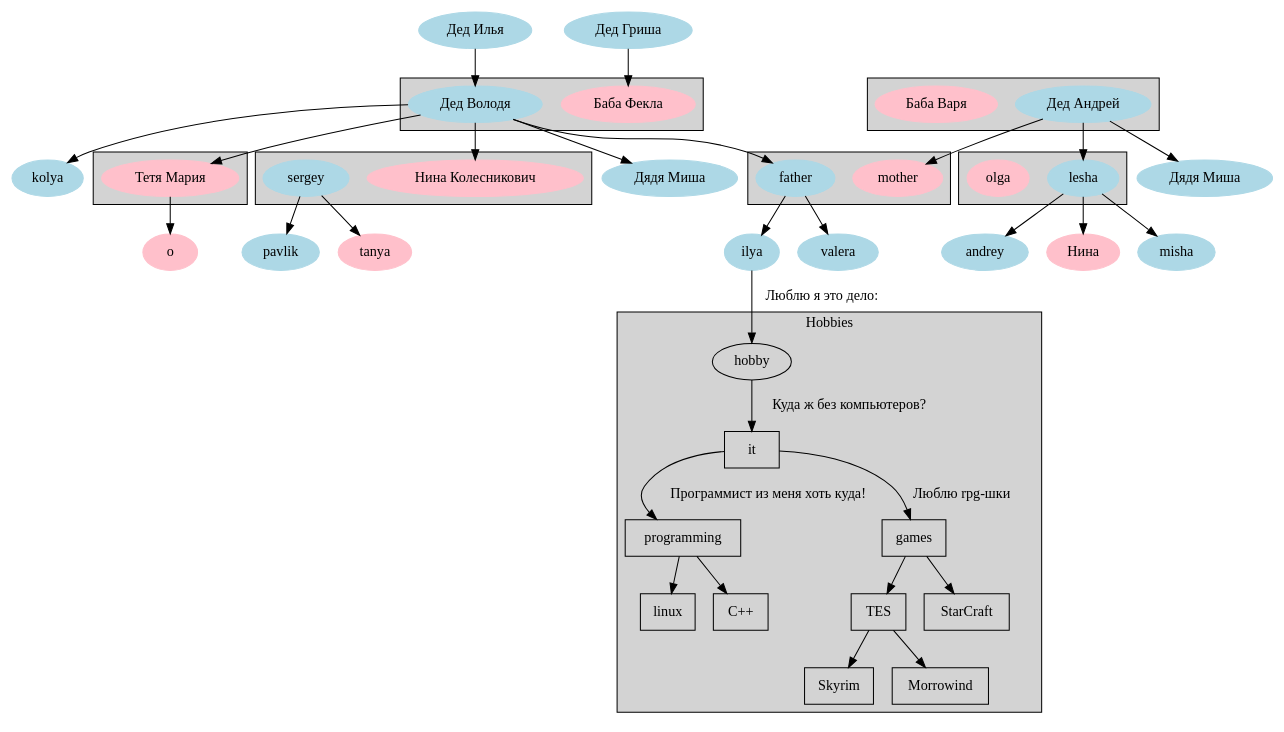
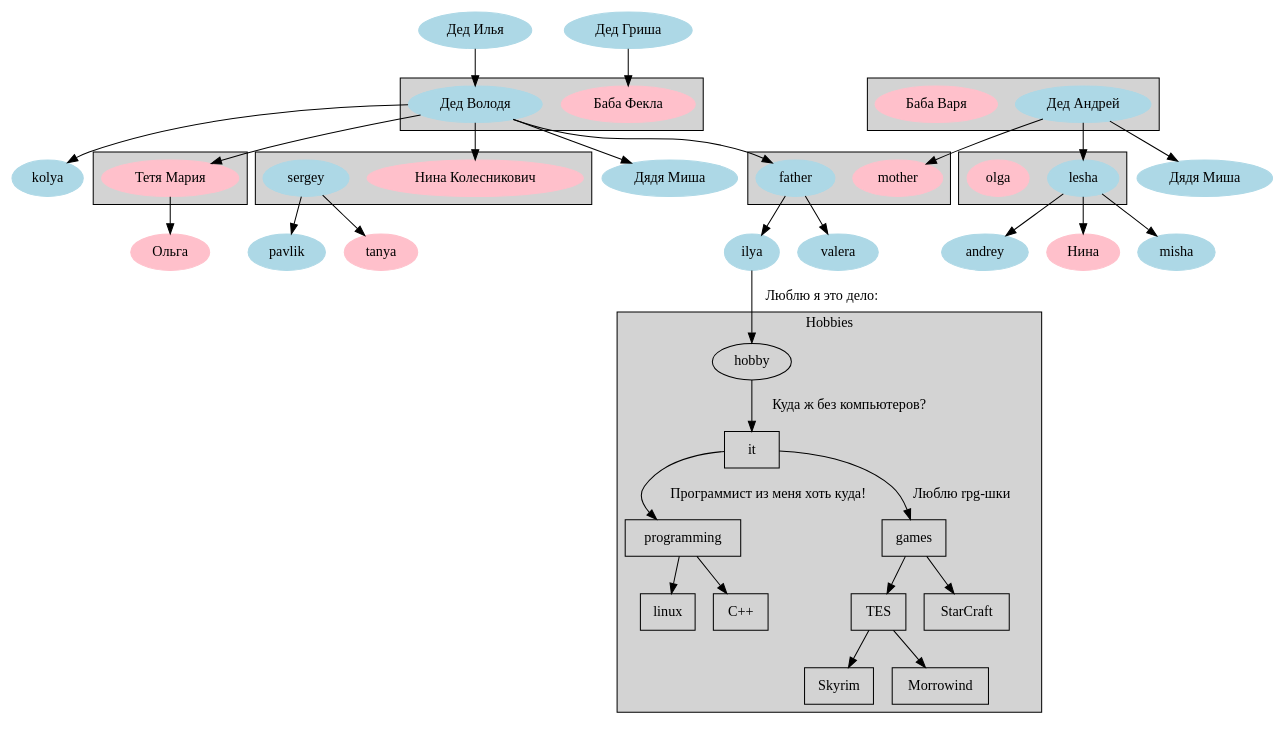
The diagram in new-module.gv (dima9891/modules-graphs), drawn with Graphviz before and after one commit.

Commit message:
Небольшой фикс

```diff
--- a/new-module.gv
+++ b/new-module.gv
@@ -1,74 +1,74 @@
 digraph famely {
     style=filled
     node [style=filled; shape=oval]
 
     i[label="ilya"; color=lightblue]
     v[label="valera"; color=lightblue]
     i -> hobby [label="Люблю я это дело:"]
 
     subgraph cluster_0 {
         style=filled
         m[label="mother"; color=pink; wight=1]
         f[label="father"; color=lightblue; weight=1]
     }
 
     f -> { i v }
     ded_i[label="Дед Илья"; color=lightblue;]
     ded_g[label="Дед Гриша"; color=lightblue;]
 
     subgraph cluster_1 {
         ded_v[label="Дед Володя"; color=lightblue;]
         bab_f[label="Баба Фекла"; color=pink;]
     }
 
     ded_i -> ded_v
     ded_g -> bab_f
     ded_v -> { f nina1 misha1 kolya[color=lightblue] mariya }
     misha1[label="Дядя Миша"; color=lightblue;]
 
     subgraph cluster_2 {
         mariya[label="Тетя Мария"; color=pink]
     }
 
     mariya -> o
-    o[lablel="Ольга"; color=pink;]
+    o[label="Ольга"; color=pink;]
 
     subgraph cluster_3 {
         sergey[color=lightblue]
         nina1[label="Нина Колесникович"; color=pink;]
     }
 
     sergey -> { pavlik[color=lightblue] tanya[color=pink;]}
 
     subgraph cluster_4 {
         ded_a[label="Дед Андрей"; color=lightblue; color=lightblue;]
         bab_v[label="Баба Варя"; color=pink]
     }
 
     ded_a -> { m misha2 lesha }
     misha2[label="Дядя Миша"; color=lightblue;]
 
     subgraph cluster_5 {
         lesha[color=lightblue]
         olga[color=pink]
     }
 
     lesha -> { nina2 misha[color=lightblue] andrey[color=lightblue] }
     nina2[label="Нина"; color=pink;]
 
     subgraph cluster_hobby {
         label=Hobbies
         node [shape=rectangle]
         hobby
         hobby -> it [label="Куда ж без компьютеров?"]
         it -> programming [label="Программист из меня хоть куда!"]
         it -> games [label="Люблю rpg-шки"]
         programming -> linux
         cpp[label="C++"]
         programming -> cpp
         games -> TES
         games -> StarCraft
         TES -> Skyrim
         TES -> Morrowind
     }
 }
```
